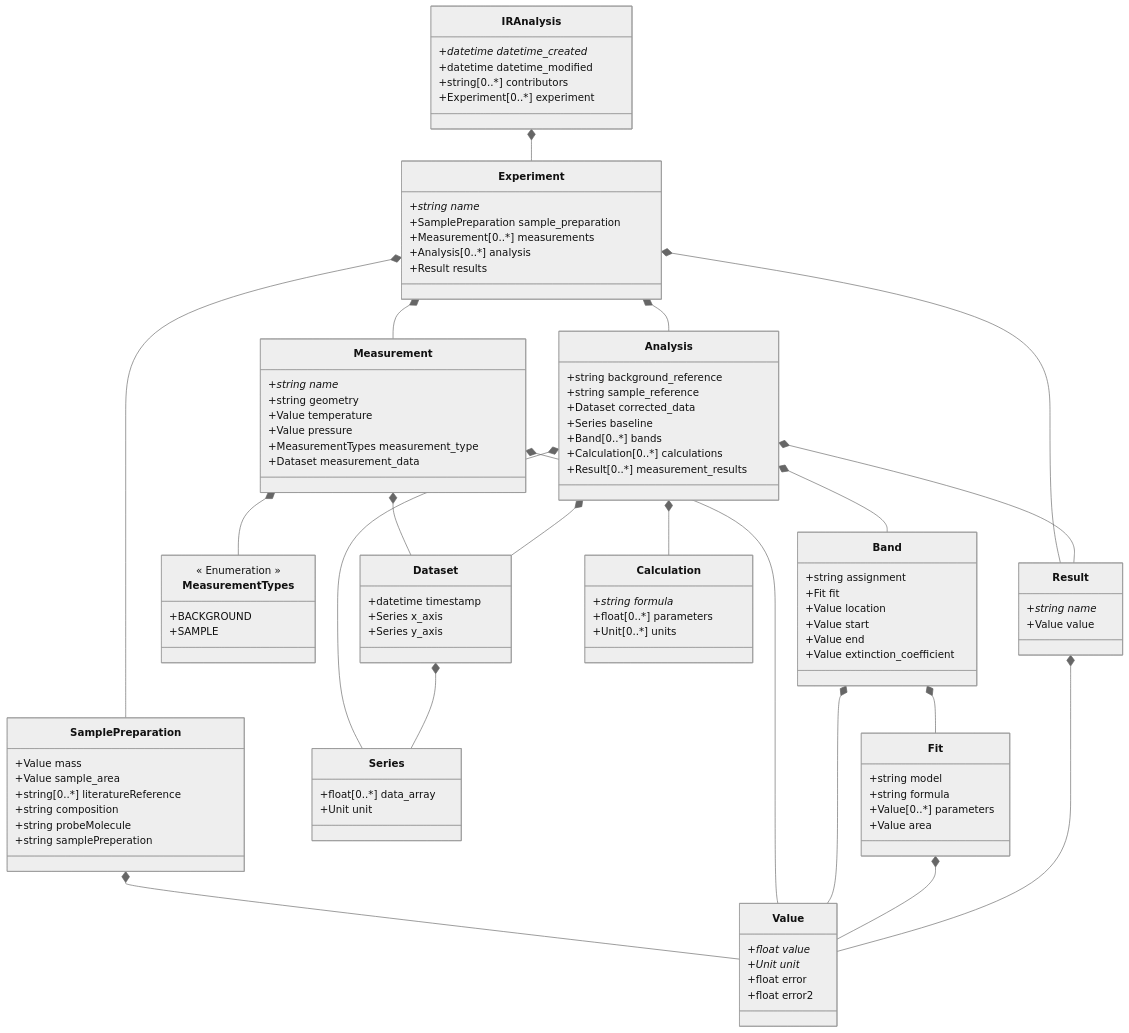
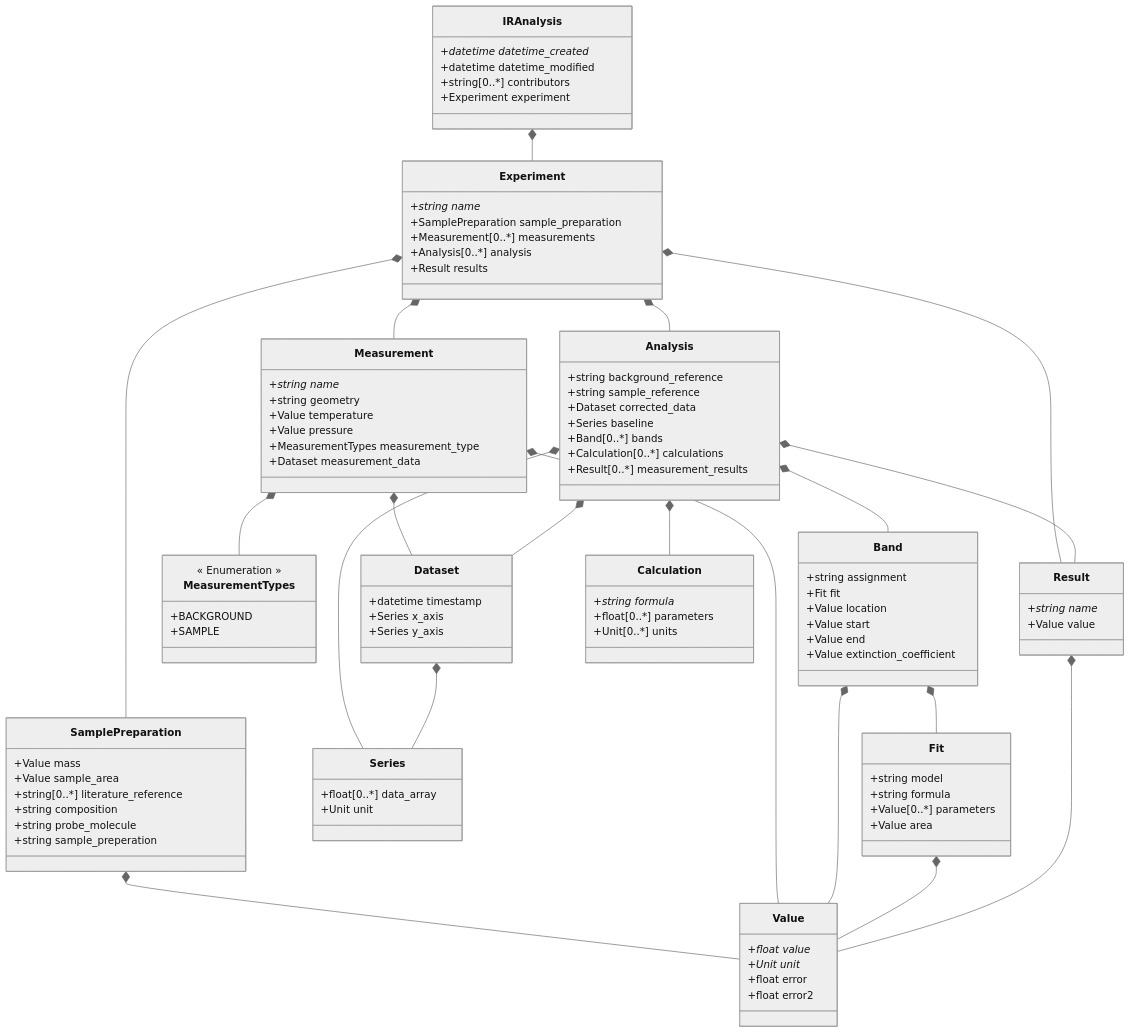
The diagram in datamodel/schemes/datamodel_schema.md (FAIRChemistry/IRAnalysis), drawn with Mermaid (neutral theme) before and after one commit. The commit also changed 13 other files, not shown here.

```diff
--- a/datamodel/schemes/datamodel_schema.md
+++ b/datamodel/schemes/datamodel_schema.md
@@ -24,7 +24,7 @@
         +datetime datetime_created*
         +datetime datetime_modified
         +string[0..*] contributors
-        +Experiment[0..*] experiment
+        +Experiment experiment
     }
     
     class Experiment {
@@ -38,10 +38,10 @@
     class SamplePreparation {
         +Value mass
         +Value sample_area
-        +string[0..*] literatureReference
+        +string[0..*] literature_reference
         +string composition
-        +string probeMolecule
-        +string samplePreperation
+        +string probe_molecule
+        +string sample_preperation
     }
     
     class Measurement {
```
